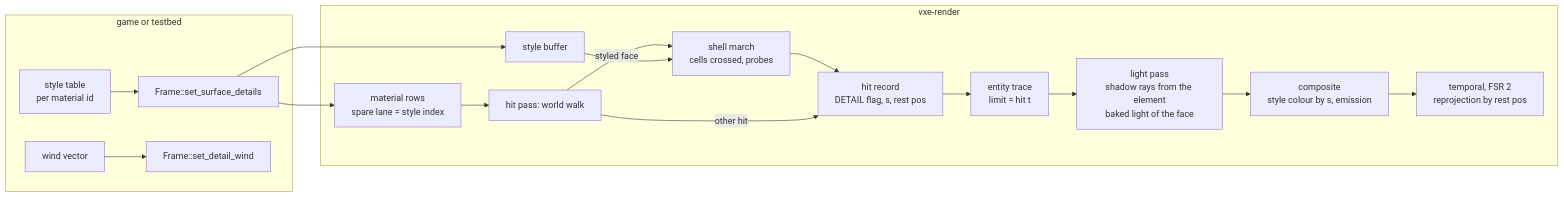
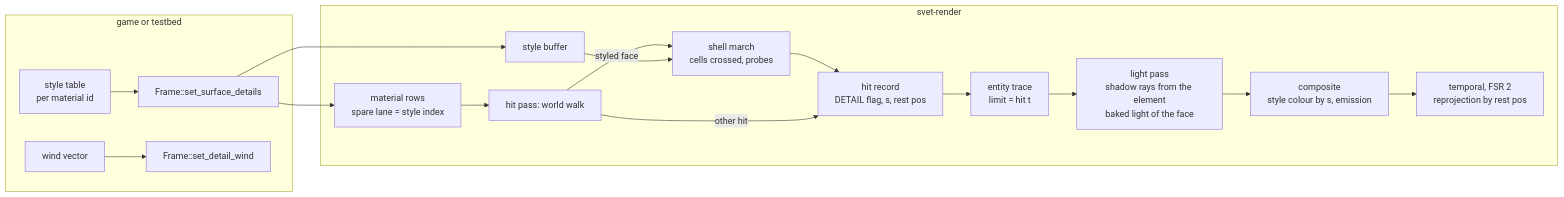
The diagram in docs/plans/0081-a-surface-detail-layer-blades-caps-and-pebbles-marched-above-styled-faces-swayed-by-wind.md (IgorKonovalov/voxel-engine), drawn with Mermaid before and after one commit. The commit also changed other lines of this file and 53 other files, not shown here.

````diff
--- a/docs/plans/0081-a-surface-detail-layer-blades-caps-and-pebbles-marched-above-styled-faces-swayed-by-wind.md
+++ b/docs/plans/0081-a-surface-detail-layer-blades-caps-and-pebbles-marched-above-styled-faces-swayed-by-wind.md
@@ -204,20 +204,20 @@
 ```mermaid
 flowchart LR
     subgraph game [game or testbed]
         ST[style table\nper material id] --> F[Frame::set_surface_details]
         W[wind vector] --> F2[Frame::set_detail_wind]
     end
-    subgraph render [vxe-render]
+    subgraph render [svet-render]
         F --> MR[material rows\nspare lane = style index]
         F --> SB[style buffer]
         H[hit pass: world walk] -->|styled face| SH[shell march\ncells crossed, probes]
         SB --> SH
         MR --> H
         SH --> HB[hit record\nDETAIL flag, s, rest pos]
         H -->|other hit| HB
         HB --> E[entity trace\nlimit = hit t]
         E --> LP[light pass\nshadow rays from the element\nbaked light of the face]
         LP --> C[composite\nstyle colour by s, emission]
         C --> U[temporal, FSR 2\nreprojection by rest pos]
     end
 ```
````
